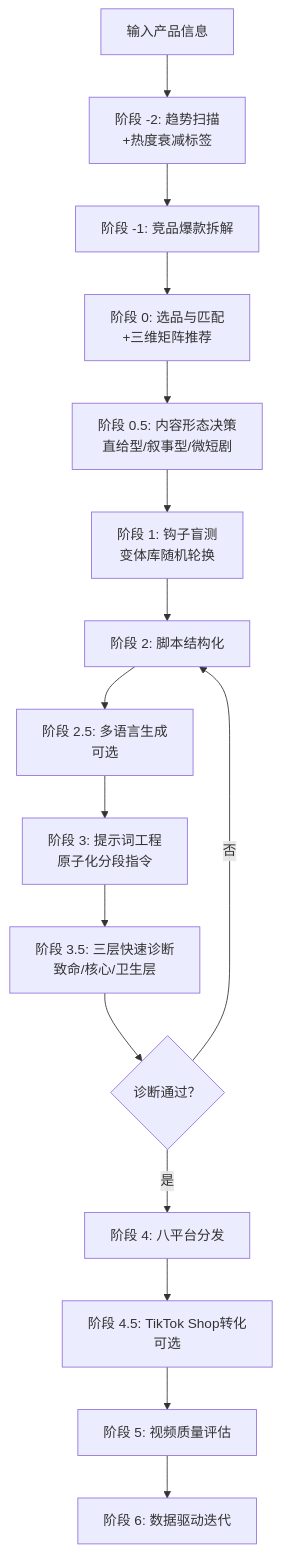
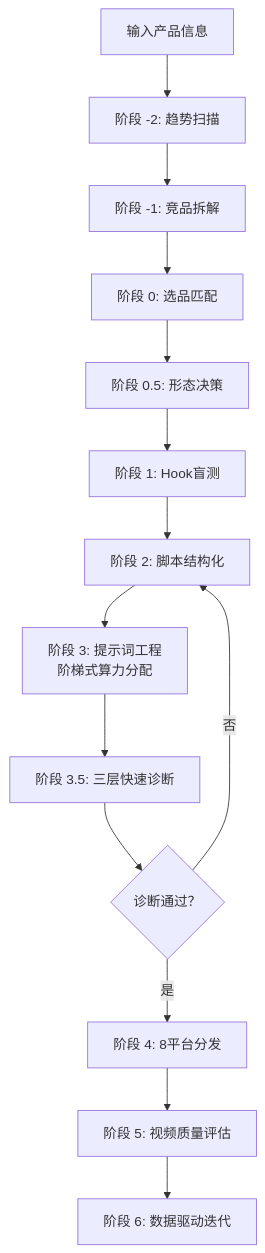
Before and after one commit to qq547820639/tiktok-ad-video-skill: the diagram in README.md, drawn with Mermaid. The commit also changed other lines of this file, not shown here.

````diff
--- a/README.md
+++ b/README.md
@@ -161,18 +131,16 @@
 ```mermaid
 graph TD
-    A[输入产品信息] --> B[阶段 -2: 趋势扫描<br/>+热度衰减标签]
-    B --> C[阶段 -1: 竞品爆款拆解]
-    C --> D[阶段 0: 选品与匹配<br/>+三维矩阵推荐]
-    D --> E[阶段 0.5: 内容形态决策<br/>直给型/叙事型/微短剧]
-    E --> F[阶段 1: 钩子盲测<br/>变体库随机轮换]
+    A[输入产品信息] --> B[阶段 -2: 趋势扫描]
+    B --> C[阶段 -1: 竞品拆解]
+    C --> D[阶段 0: 选品匹配]
+    D --> E[阶段 0.5: 形态决策]
+    E --> F[阶段 1: Hook盲测]
     F --> G[阶段 2: 脚本结构化]
-    G --> H[阶段 2.5: 多语言生成<br/>可选]
-    H --> I[阶段 3: 提示词工程<br/>原子化分段指令]
-    I --> J[阶段 3.5: 三层快速诊断<br/>致命/核心/卫生层]
-    J --> K{诊断通过？}
-    K -->|是| L[阶段 4: 八平台分发]
-    K -->|否| G
-    L --> M[阶段 4.5: TikTok Shop转化<br/>可选]
-    M --> N[阶段 5: 视频质量评估]
-    N --> O[阶段 6: 数据驱动迭代]
+    G --> H[阶段 3: 提示词工程<br/>阶梯式算力分配]
+    H --> I[阶段 3.5: 三层快速诊断]
+    I --> J{诊断通过？}
+    J -->|是| K[阶段 4: 8平台分发]
+    J -->|否| G
+    K --> L[阶段 5: 视频质量评估]
+    L --> M[阶段 6: 数据驱动迭代]
 ```
````
